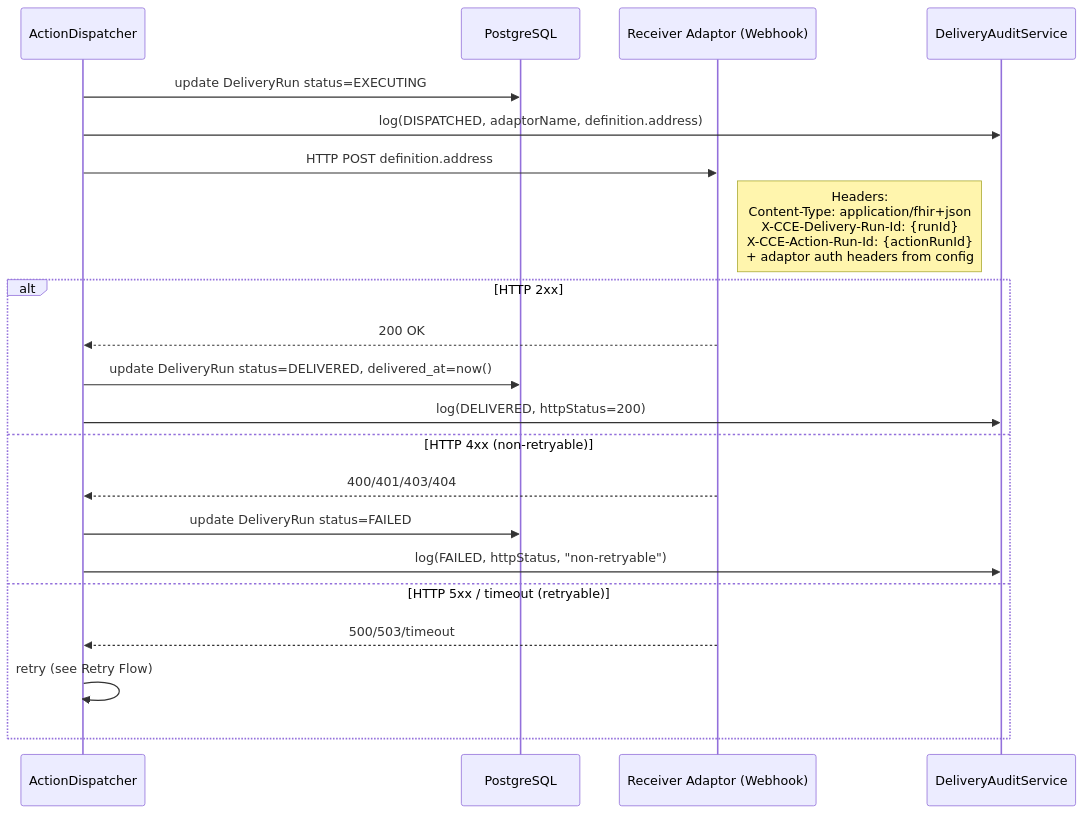
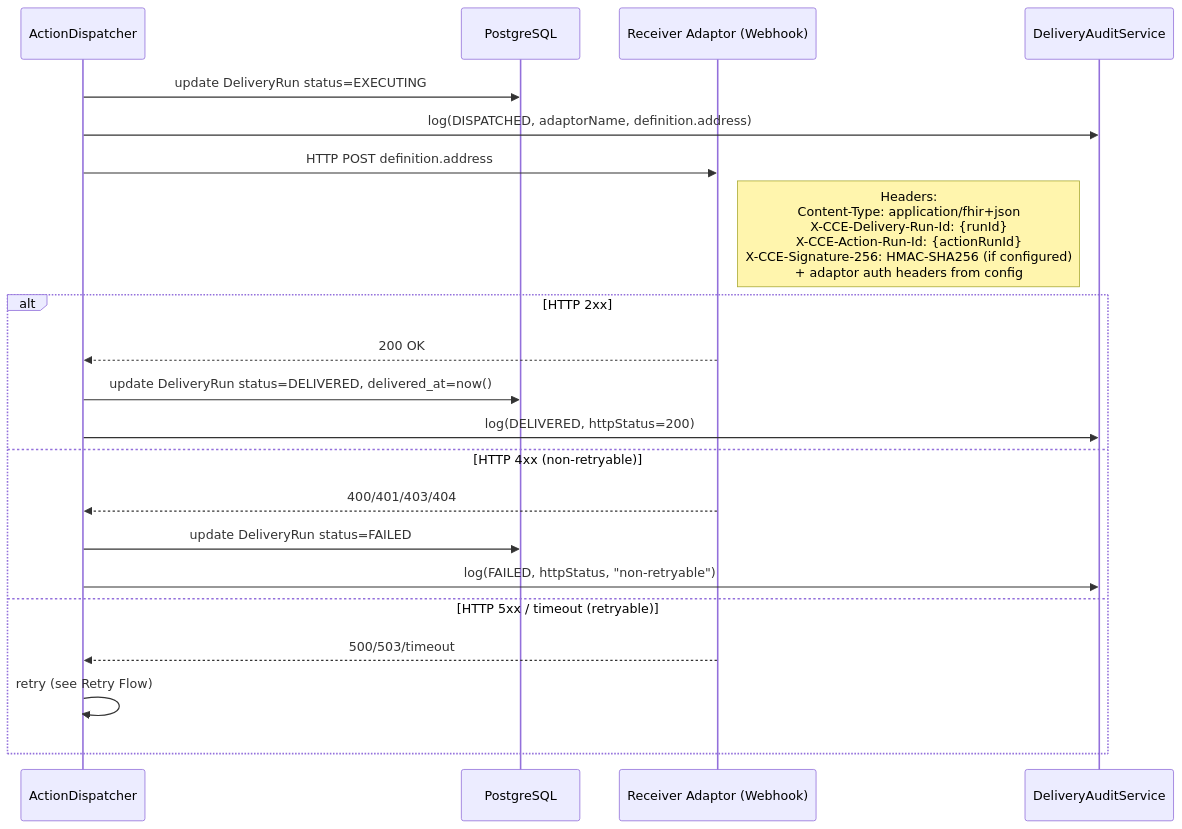
The sixth of 13 diagrams in docs/flow-diagrams.md (Jayaprakash8887/cce-intelligence-service), drawn with Mermaid before and after one commit. The commit also changed other lines of this file and 5 other files, not shown here.

````diff
--- a/docs/flow-diagrams.md
+++ b/docs/flow-diagrams.md
@@ -206,26 +206,26 @@
 ```mermaid
 sequenceDiagram
     participant Dispatcher as ActionDispatcher
     participant DB as PostgreSQL
     participant Adaptor as Receiver Adaptor (Webhook)
     participant Audit as DeliveryAuditService
 
     Dispatcher->>DB: update DeliveryRun status=EXECUTING
     Dispatcher->>Audit: log(DISPATCHED, adaptorName, definition.address)
 
     Dispatcher->>Adaptor: HTTP POST definition.address
-    Note right of Adaptor: Headers:<br/>Content-Type: application/fhir+json<br/>X-CCE-Delivery-Run-Id: {runId}<br/>X-CCE-Action-Run-Id: {actionRunId}<br/>+ adaptor auth headers from config
+    Note right of Adaptor: Headers:<br/>Content-Type: application/fhir+json<br/>X-CCE-Delivery-Run-Id: {runId}<br/>X-CCE-Action-Run-Id: {actionRunId}<br/>X-CCE-Signature-256: HMAC-SHA256 (if configured)<br/>+ adaptor auth headers from config
 
     alt HTTP 2xx
         Adaptor-->>Dispatcher: 200 OK
         Dispatcher->>DB: update DeliveryRun status=DELIVERED, delivered_at=now()
         Dispatcher->>Audit: log(DELIVERED, httpStatus=200)
     else HTTP 4xx (non-retryable)
         Adaptor-->>Dispatcher: 400/401/403/404
         Dispatcher->>DB: update DeliveryRun status=FAILED
         Dispatcher->>Audit: log(FAILED, httpStatus, "non-retryable")
     else HTTP 5xx / timeout (retryable)
         Adaptor-->>Dispatcher: 500/503/timeout
         Dispatcher->>Dispatcher: retry (see Retry Flow)
     end
 ```
````
